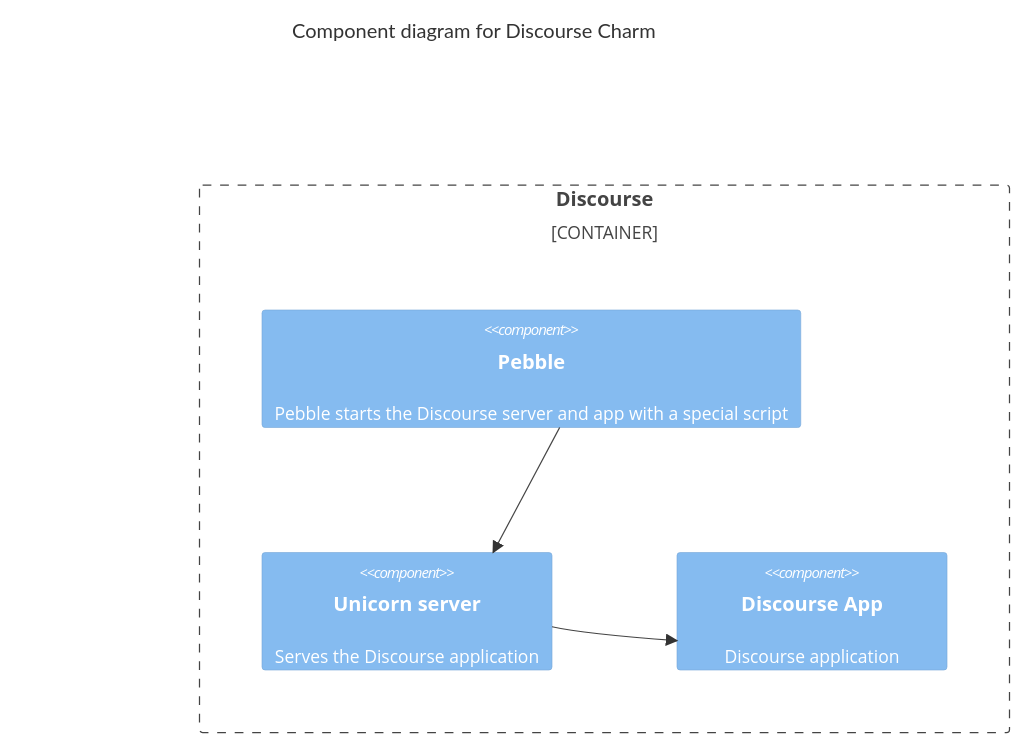
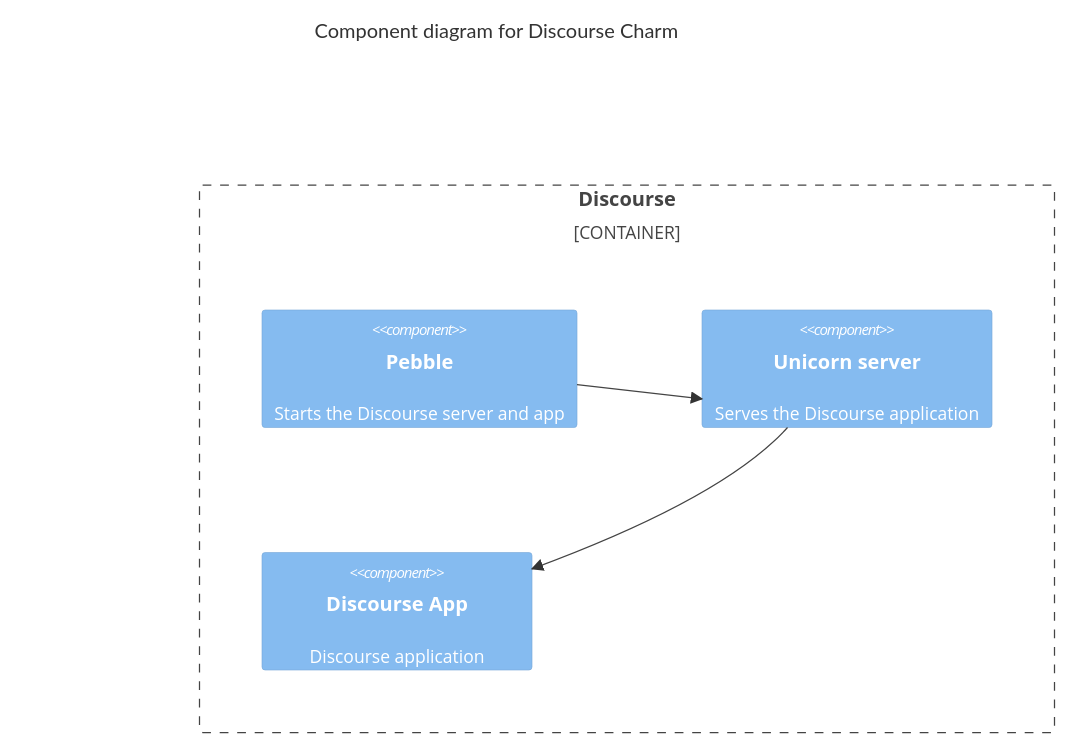
Before and after one commit to canonical/discourse-k8s-operator: the first of 2 diagrams in docs/explanation/charm-architecture.md, drawn with Mermaid.

````diff
--- a/docs/explanation/charm-architecture.md
+++ b/docs/explanation/charm-architecture.md
@@ -26,13 +26,13 @@
 ```mermaid
 C4Component
 title Component diagram for Discourse Charm
 
 Container_Boundary(discourse, "Discourse") {
-  Component(pebble, "Pebble", "", "Pebble starts the Discourse server and app with a special script")
+  Component(pebble, "Pebble", "", "Starts the Discourse server and app")
   Component(unicorn-server, "Unicorn server", "", "Serves the Discourse application")
   Component(charm, "Discourse App", "", "Discourse application")
 
   Rel(pebble, unicorn-server, "")
   Rel(unicorn-server, charm, "")
 }
 ```
````
